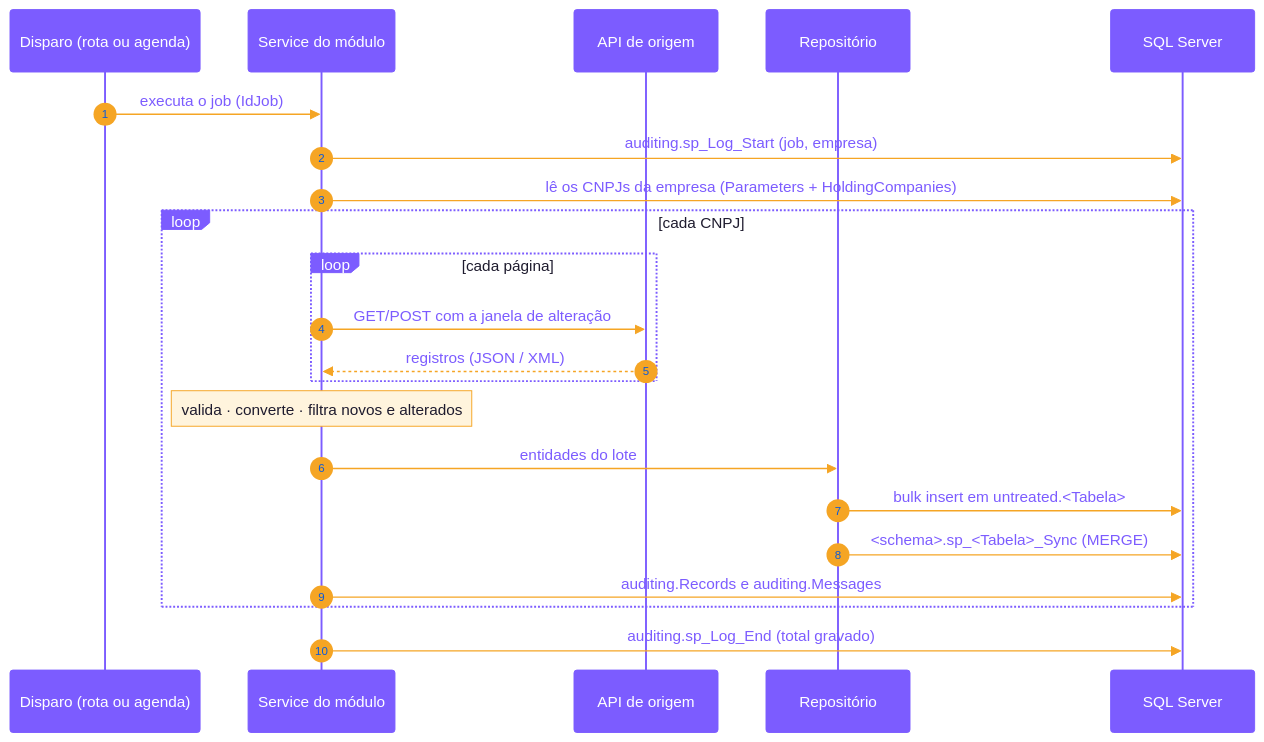
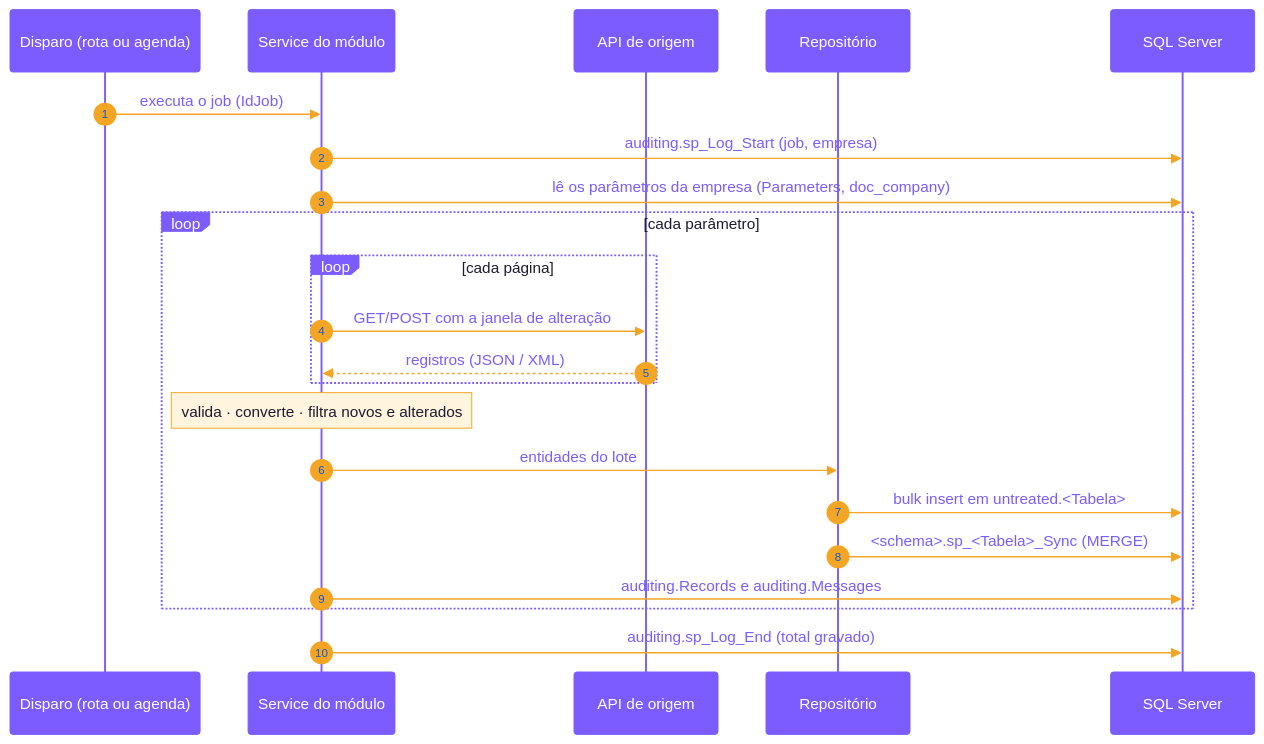
Before and after one commit to cayo-kume/extract-transform-load-integrations-system: the fourth of 11 diagrams in README.md, drawn with Mermaid. The commit also changed other lines of this file and 121 other files, not shown here.

````diff
--- a/README.md
+++ b/README.md
@@ -239,26 +238,26 @@
 ```mermaid
 %%{init: {'theme':'base','themeVariables':{'primaryColor':'#1e1b2e','primaryTextColor':'#ffffff','primaryBorderColor':'#7c5cff','lineColor':'#f5a524','actorBkg':'#7c5cff','actorTextColor':'#ffffff','actorBorder':'#7c5cff','signalColor':'#f5a524','signalTextColor':'#7c5cff','noteBkgColor':'#fff4dd','noteTextColor':'#1e1b2e','noteBorderColor':'#f5a524','activationBkgColor':'#ede9fe','activationBorderColor':'#7c5cff','labelBoxBkgColor':'#7c5cff','labelBoxBorderColor':'#7c5cff','labelTextColor':'#ffffff','loopTextColor':'#1e1b2e'}}}%%
 sequenceDiagram
     autonumber
     participant D as Disparo (rota ou agenda)
     participant S as Service do módulo
     participant A as API de origem
     participant R as Repositório
     participant B as SQL Server
 
     D->>S: executa o job (IdJob)
     S->>B: auditing.sp_Log_Start (job, empresa)
-    S->>B: lê os CNPJs da empresa (Parameters + HoldingCompanies)
-    loop cada CNPJ
+    S->>B: lê os parâmetros da empresa (Parameters, doc_company)
+    loop cada parâmetro
         loop cada página
             S->>A: GET/POST com a janela de alteração
             A-->>S: registros (JSON / XML)
         end
         Note over S: valida · converte · filtra novos e alterados
         S->>R: entidades do lote
         R->>B: bulk insert em untreated.<Tabela>
         R->>B: <schema>.sp_<Tabela>_Sync (MERGE)
         S->>B: auditing.Records e auditing.Messages
     end
     S->>B: auditing.sp_Log_End (total gravado)
 ```
````
